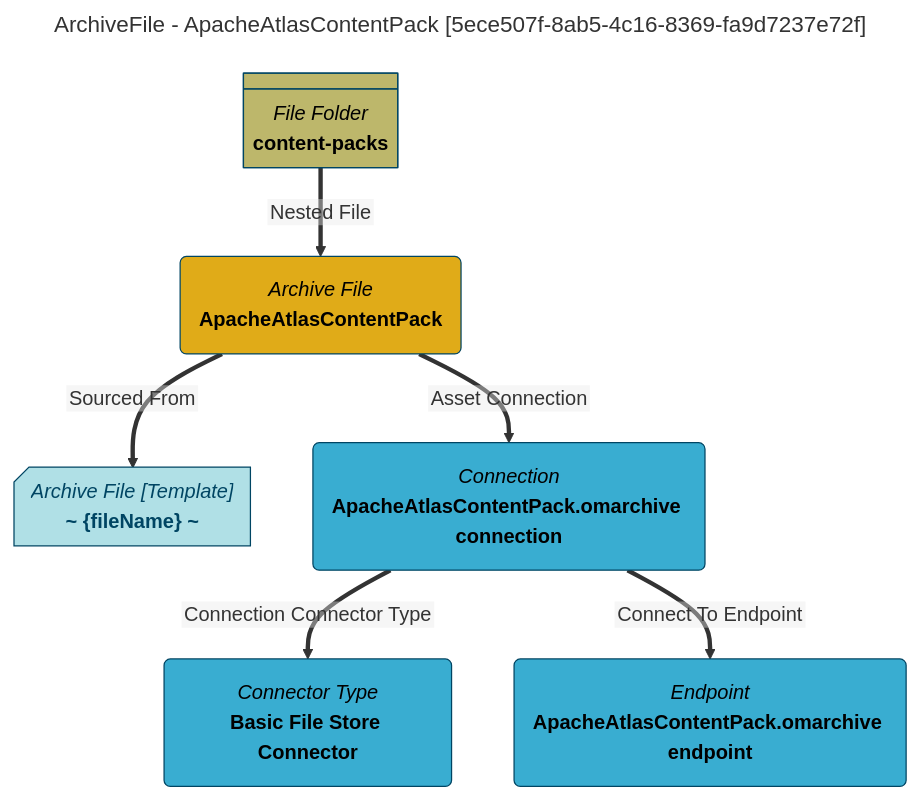
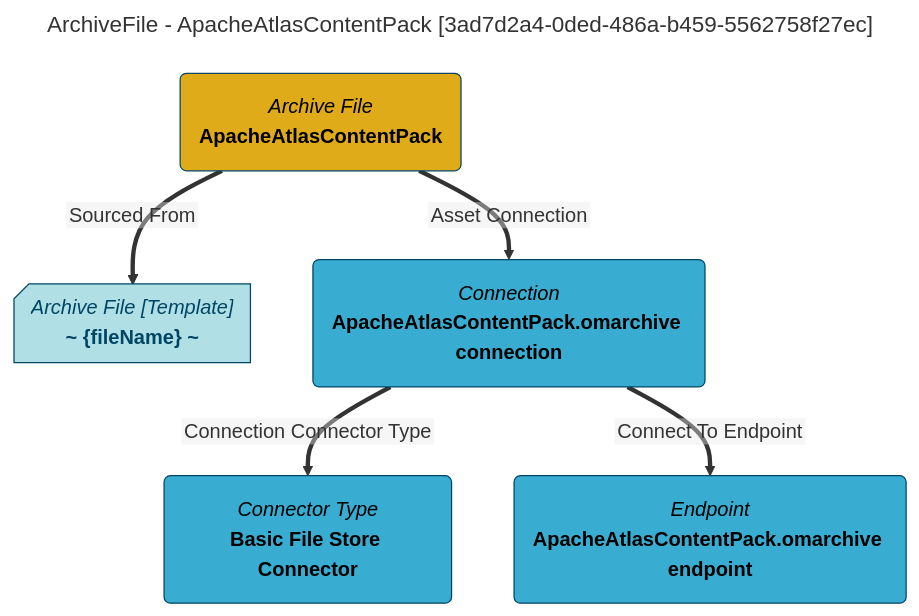
The diagram in site/snippets/data-assets/apacheatlascontentpack-mermaid-graph.md (odpi/egeria-docs), drawn with Mermaid before and after one commit. The commit also changed 2201 other files, not shown here.

````diff
--- a/site/snippets/data-assets/apacheatlascontentpack-mermaid-graph.md
+++ b/site/snippets/data-assets/apacheatlascontentpack-mermaid-graph.md
@@ -1,31 +1,27 @@
 ```mermaid
 ---
-title: ArchiveFile - ApacheAtlasContentPack [5ece507f-8ab5-4c16-8369-fa9d7237e72f]
+title: ArchiveFile - ApacheAtlasContentPack [3ad7d2a4-0ded-486a-b459-5562758f27ec]
 ---
 flowchart TD
 %%{init: {"flowchart": {"htmlLabels": false}} }%%
 
 1@{ shape: rounded, label: "*Archive File*
 **ApacheAtlasContentPack**"}
 2@{ shape: card, label: "*Archive File [Template]*
 **~ {fileName} ~**"}
 1==>|"Sourced From"|2
 3@{ shape: rounded, label: "*Connection*
 **ApacheAtlasContentPack.omarchive connection**"}
 1==>|"Asset Connection"|3
 4@{ shape: rounded, label: "*Connector Type*
 **Basic File Store Connector**"}
 3==>|"Connection Connector Type"|4
 5@{ shape: rounded, label: "*Endpoint*
 **ApacheAtlasContentPack.omarchive endpoint**"}
 3==>|"Connect To Endpoint"|5
-6@{ shape: div-rect, label: "*File Folder*
-**content-packs**"}
-6==>|"Nested File"|1
 style 1 color:#000000, fill:#e0ab18, stroke:#004563
 style 2 color:#004563, fill:#b0e0e6, stroke:#004563
 style 3 color:#000000, fill:#39add1, stroke:#004563
 style 4 color:#000000, fill:#39add1, stroke:#004563
 style 5 color:#000000, fill:#39add1, stroke:#004563
-style 6 color:#000000, fill:#bdb76b, stroke:#004563
 ```
````
